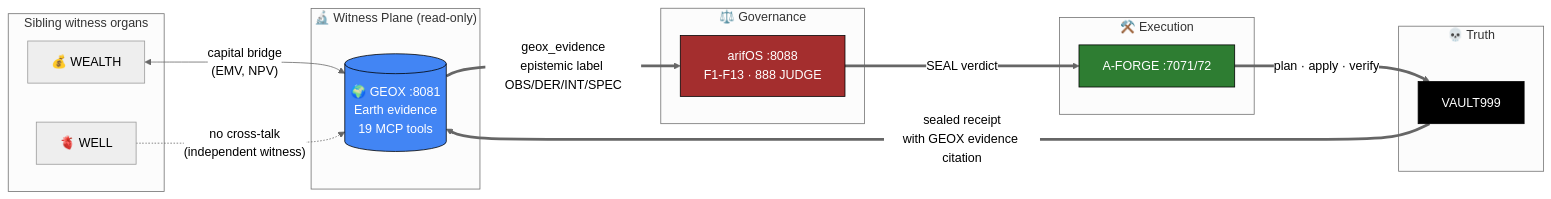
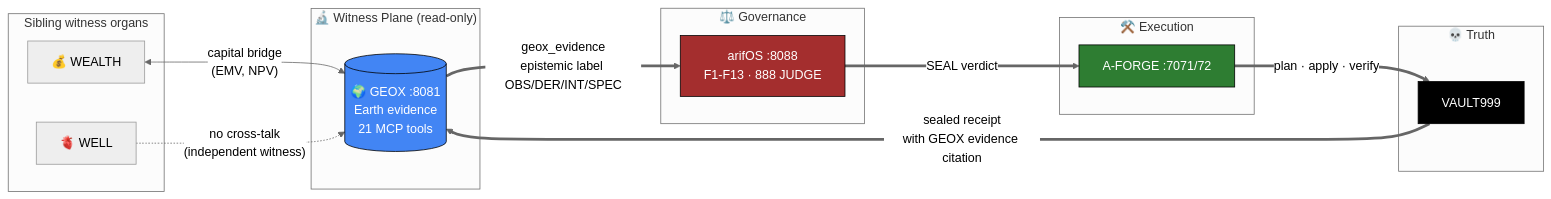
One commit to ariffazil/GEOX changed the third of 3 diagrams in README.md. Above: the diagram before and after it, drawn with Mermaid (neutral theme). The commit also changed other lines of this file and 23 other files, not shown here.

First line of the commit message:
chore(geox): commit accumulated drift — tools, tests, skills, registry

````diff
--- a/README.md
+++ b/README.md
@@ -122,40 +122,40 @@
 ```mermaid
 flowchart LR
   subgraph Witness["🔬 Witness Plane (read-only)"]
-    GEOX[("🌍 GEOX :8081<br/>Earth evidence<br/>19 MCP tools")]
+    GEOX[("🌍 GEOX :8081<br/>Earth evidence<br/>21 MCP tools")]
   end
 
   subgraph Governance["⚖️ Governance"]
     ARIFOS["arifOS :8088<br/>F1-F13 · 888 JUDGE"]
   end
 
   subgraph Execution["⚒️ Execution"]
     AFORGE["A-FORGE :7071/72"]
   end
 
   subgraph Truth["💀 Truth"]
     VAULT["VAULT999"]
   end
 
   subgraph Sibling["Sibling witness organs"]
     WEALTH["💰 WEALTH"]
     WELL["🫀 WELL"]
   end
 
   GEOX ==>|geox_evidence<br/>epistemic label OBS/DER/INT/SPEC| ARIFOS
   WEALTH <-->|"capital bridge<br/>(EMV, NPV)"| GEOX
   WELL -.->|"no cross-talk<br/>(independent witness)"| GEOX
 
   ARIFOS ==>|"SEAL verdict"| AFORGE
   AFORGE ==>|"plan · apply · verify"| VAULT
   VAULT ==>|"sealed receipt<br/>with GEOX evidence citation"| GEOX
 
   classDef witness fill:#4285F4,stroke:#000,color:#fff
   classDef governance fill:#A42E2E,stroke:#000,color:#fff
   classDef execution fill:#2E7D32,stroke:#000,color:#fff
   classDef truth fill:#000,stroke:#000,color:#fff
   class GEOX witness
   class ARIFOS governance
   class AFORGE execution
   class VAULT truth
 ```
````
